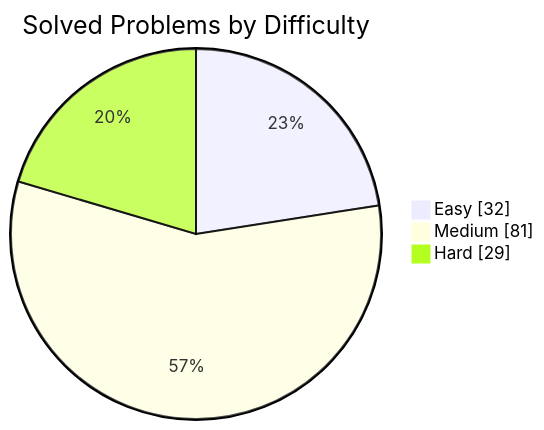
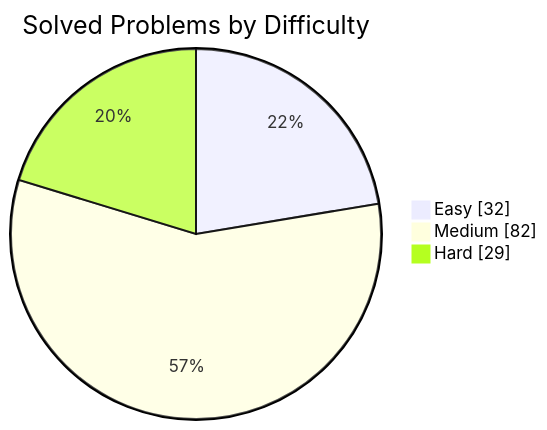
Before and after one commit to manikantbindass/DSA-Preparation-FAANG: the first of 2 diagrams in README.md, drawn with Mermaid. The commit also changed other lines of this file, not shown here.

````diff
--- a/README.md
+++ b/README.md
@@ -38,7 +38,7 @@
 ```mermaid
 pie showData
     title Solved Problems by Difficulty
     "Easy" : 32
-    "Medium" : 81
+    "Medium" : 82
     "Hard" : 29
 ```
````
